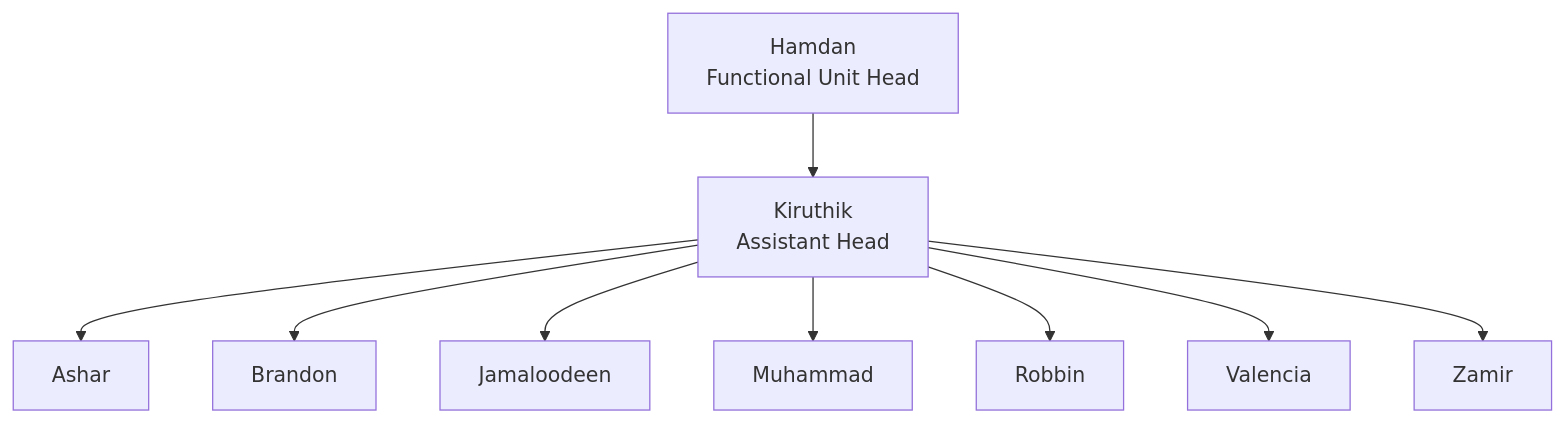
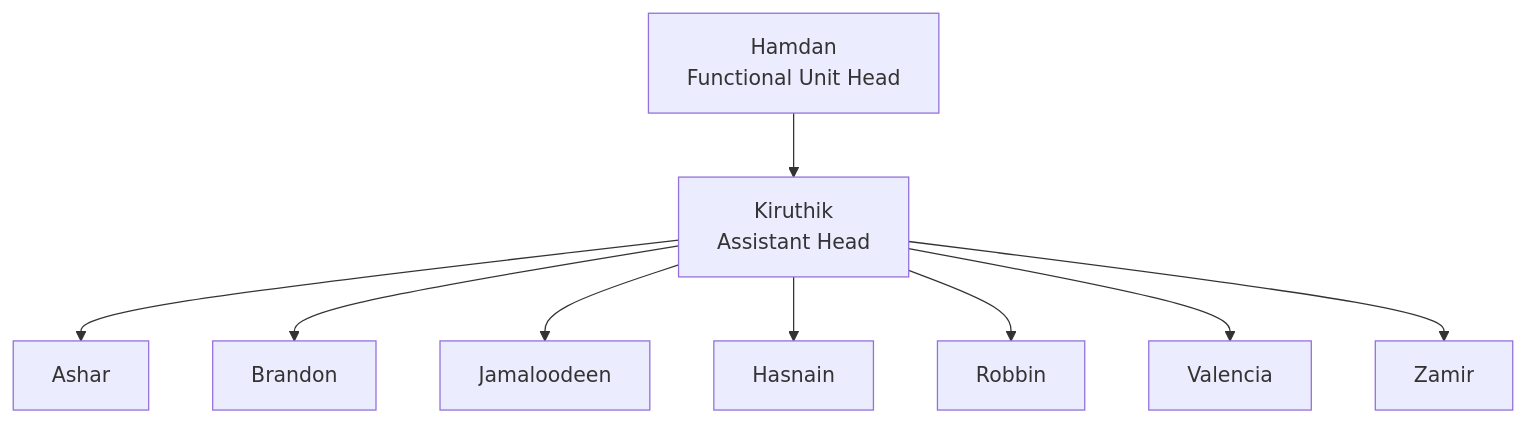
One commit to TA-Research-Development-Methods/.github changed the diagram in profile/diagrams/hardware.mmd. Above: the diagram before and after it, drawn with Mermaid. The commit also changed 2 other files, not shown here.

Commit message:
Correct Hasnain in the Hardware chart

```diff
--- a/profile/diagrams/hardware.mmd
+++ b/profile/diagrams/hardware.mmd
@@ -1,10 +1,10 @@
 flowchart TB
     hamdan["Hamdan<br/>Functional Unit Head"]
     hamdan --> kiruthik["Kiruthik<br/>Assistant Head"]
     kiruthik --> ashar["Ashar"]
     kiruthik --> brandon["Brandon"]
     kiruthik --> jamaloodeen["Jamaloodeen"]
-    kiruthik --> muhammad["Muhammad"]
+    kiruthik --> hasnain["Hasnain"]
     kiruthik --> robbin["Robbin"]
     kiruthik --> valencia["Valencia"]
     kiruthik --> zamir["Zamir"]
```
